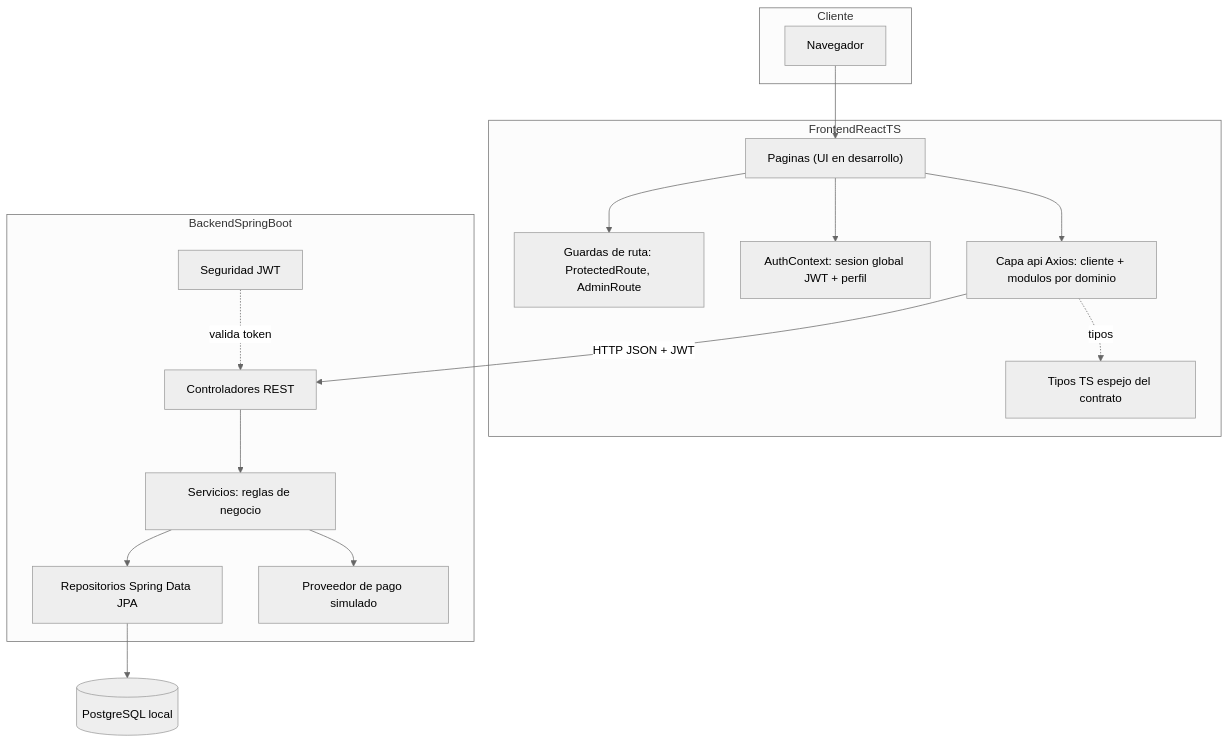
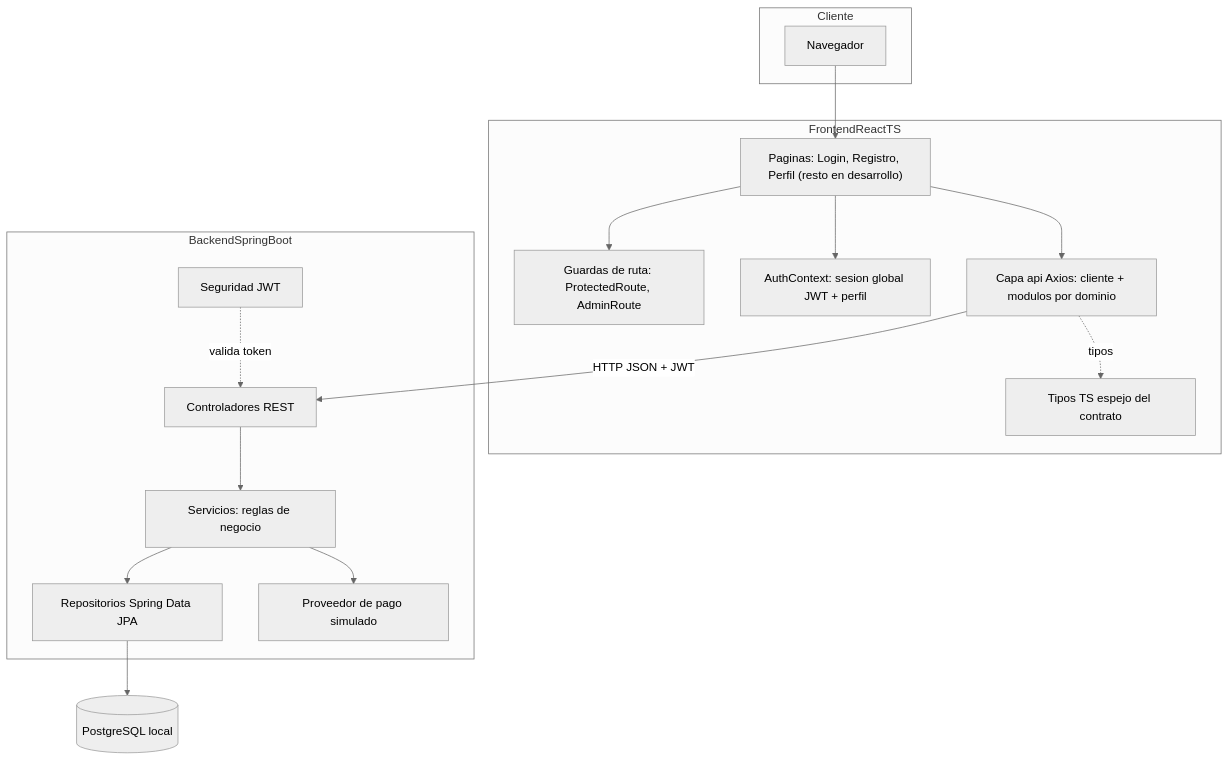
The first of 3 diagrams in docs/arquitectura.md (ShryhakAkizuki/Arquitectura_E-commerce_Ingesoft-II), drawn with Mermaid (neutral theme) before and after one commit. The commit also changed other lines of this file and 8 other files, not shown here.

Commit message:
Frontend: páginas de autenticación (login con redirección por rol, registro con confirmación de contraseña y edición de perfil con reautenticación al cambiar el email) y documentación

````diff
--- a/docs/arquitectura.md
+++ b/docs/arquitectura.md
@@ -31,36 +31,36 @@
 ```mermaid
 flowchart TB
     subgraph Cliente
         B[Navegador]
     end
 
     subgraph FrontendReactTS
-        P["Paginas (UI en desarrollo)"]
+        P["Paginas: Login, Registro, Perfil (resto en desarrollo)"]
         G["Guardas de ruta: ProtectedRoute, AdminRoute"]
         C["AuthContext: sesion global JWT + perfil"]
         A["Capa api Axios: cliente + modulos por dominio"]
         T["Tipos TS espejo del contrato"]
     end
 
     subgraph BackendSpringBoot
         CTRL[Controladores REST]
         SVC[Servicios: reglas de negocio]
         REPO[Repositorios Spring Data JPA]
         SEC[Seguridad JWT]
         PAY[Proveedor de pago simulado]
     end
 
     DB[(PostgreSQL local)]
 
     B --> P
     P --> G
     P --> C
     P --> A
     A -. tipos .-> T
     A -- HTTP JSON + JWT --> CTRL
     CTRL --> SVC
     SVC --> REPO
     SVC --> PAY
     SEC -. valida token .-> CTRL
     REPO --> DB
 ```
````
